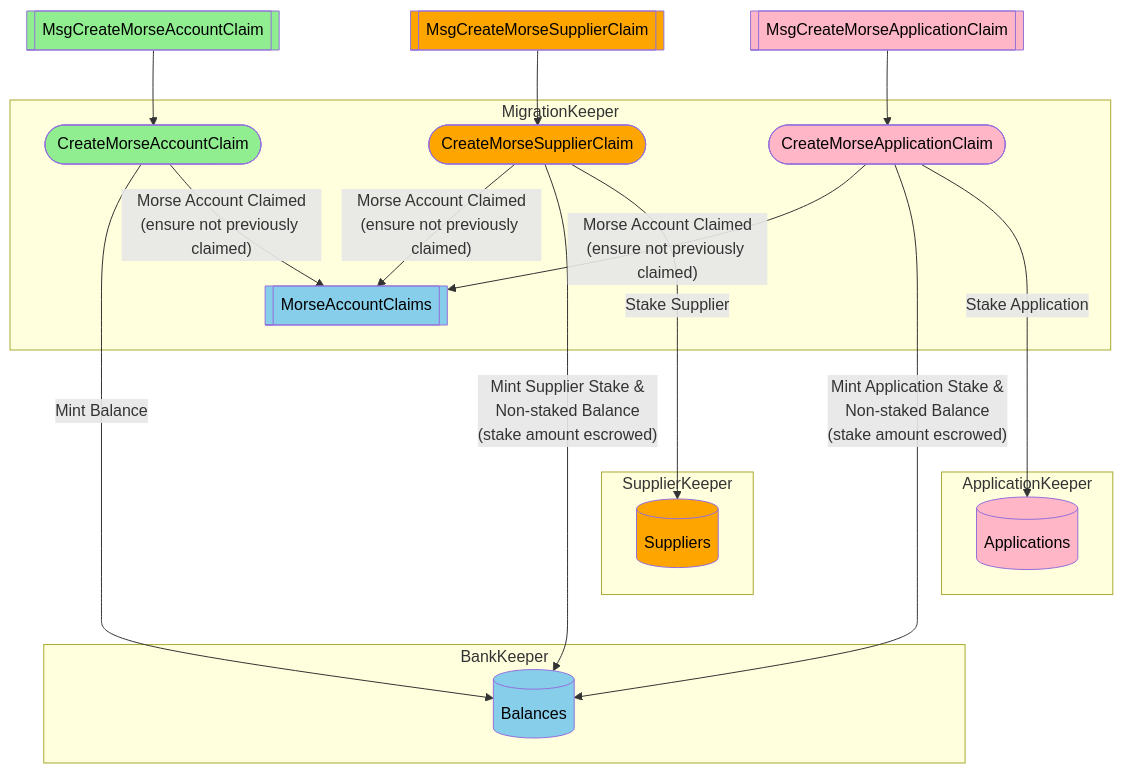
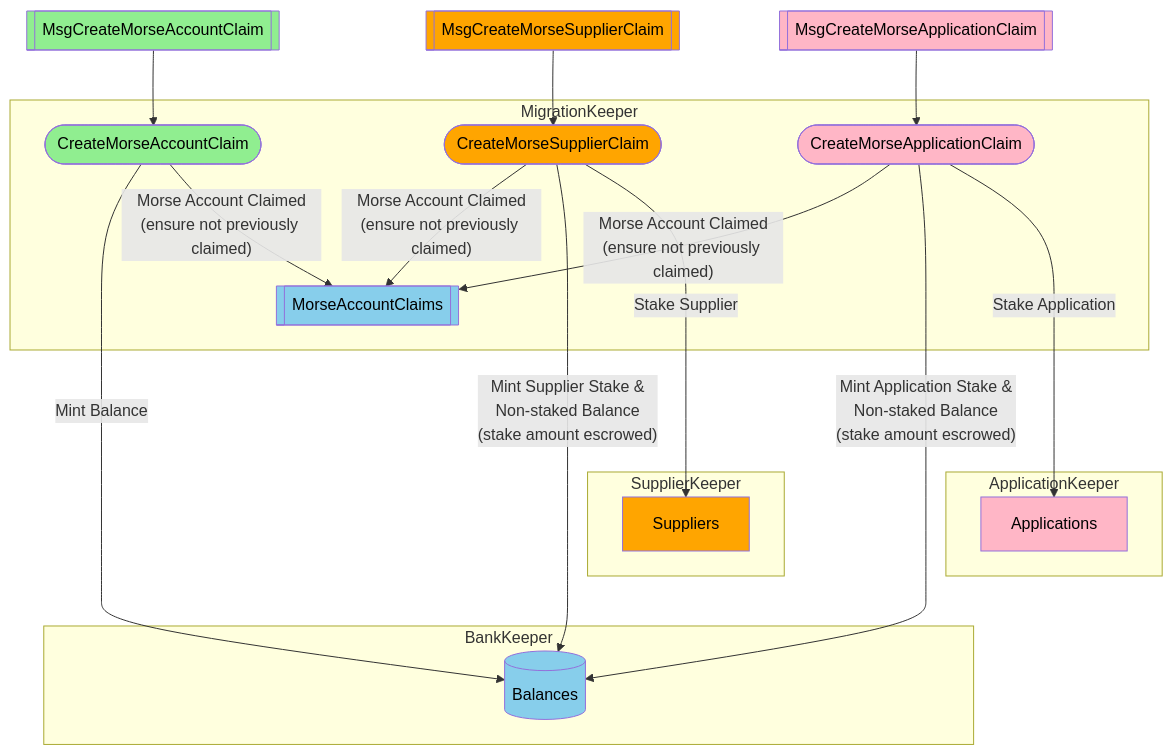
The diagram in docusaurus/docs/operate/morse_migration/5_claiming_introduction.md (pokt-network/poktroll), drawn with Mermaid before and after one commit. The commit also changed other lines of this file and 4 other files, not shown here.

````diff
--- a/docusaurus/docs/operate/morse_migration/5_claiming_introduction.md
+++ b/docusaurus/docs/operate/morse_migration/5_claiming_introduction.md
@@ -95,50 +98,50 @@
 ```mermaid
 flowchart
     m1[[MsgCreateMorseAccountClaim]]:::account
     m2[[MsgCreateMorseSupplierClaim]]:::supplier
     m3[[MsgCreateMorseApplicationClaim]]:::application
 
     subgraph MigrationKeeper
     h1([CreateMorseAccountClaim]):::account
     h2([CreateMorseSupplierClaim]):::supplier
     h3([CreateMorseApplicationClaim]):::application
     %% ms[[MorseAccountState]]
     ac[[MorseAccountClaims]]:::general
     end
 
     h1 --"Mint Balance"----> bk1
 
     h1 --"Morse Account Claimed<br>(ensure not previously claimed)"--> ac
     h2 --"Morse Account Claimed<br>(ensure not previously claimed)"--> ac
     h3 --"Morse Account Claimed<br>(ensure not previously claimed)"--> ac
 
     %% h1 --"ensure claim is valid"--> ms
     %% h2 --"ensure claim is valid"--> ms
     %% h3 --"ensure claim is valid"--> ms
 
     m1 --> h1
     m2 --> h2
     m3 --> h3
 
     subgraph BankKeeper
     bk1[(Balances)]:::general
     end
 
     subgraph SupplierKeeper
-    sk1[("Suppliers")]:::supplier
+    sk1["Suppliers"]:::supplier
     end
 
     subgraph ApplicationKeeper
-    ak1[("Applications")]:::application
+    ak1["Applications"]:::application
     end
 
     h2 --"Mint Supplier Stake &<br/>Non-staked Balance<br/>(stake amount escrowed)"--> bk1
     h2 --"Stake Supplier"---> sk1
     h3 --"Mint Application Stake &<br/>Non-staked Balance<br/>(stake amount escrowed)"--> bk1
     h3 --"Stake Application"---> ak1
 
     classDef account fill:#90EE90,color:#000
     classDef supplier fill:#FFA500,color:#000
     classDef application fill:#FFB6C6,color:#000
     classDef general fill:#87CEEB,color:#000
 ```
````
